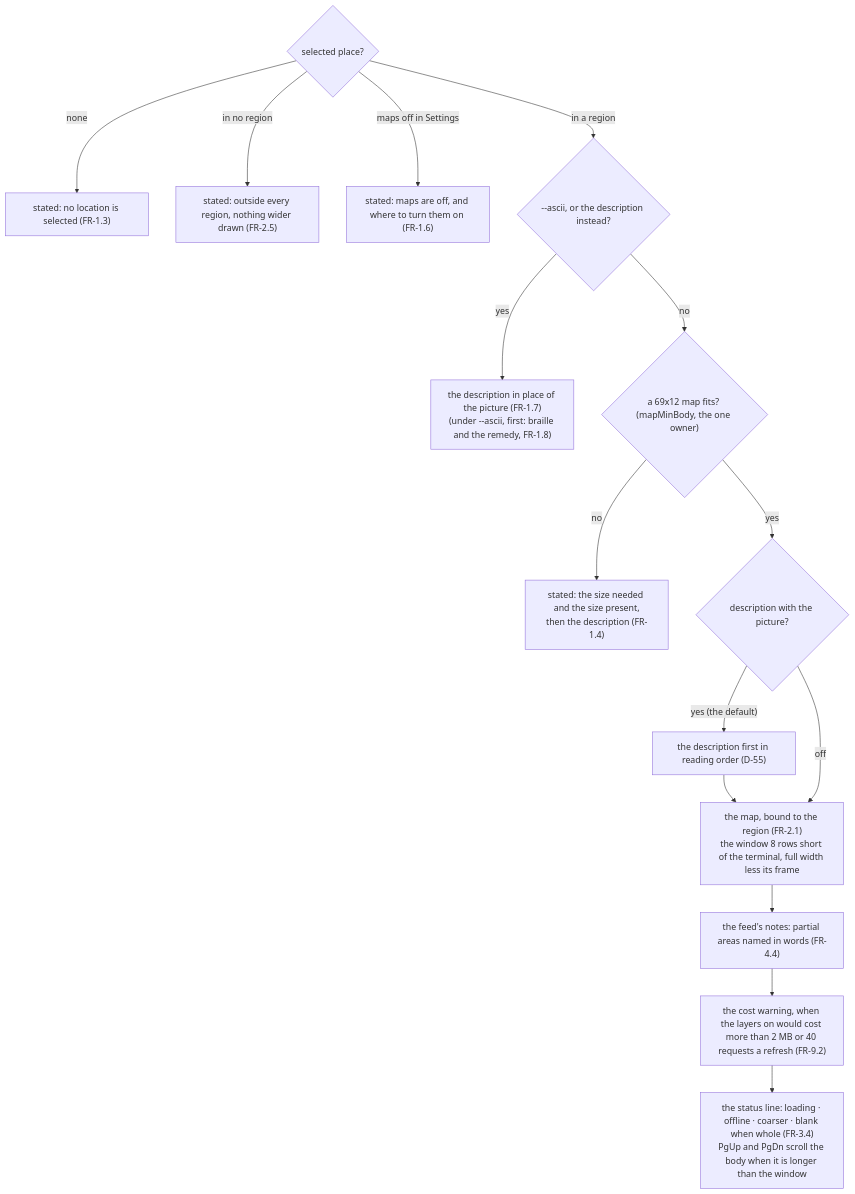
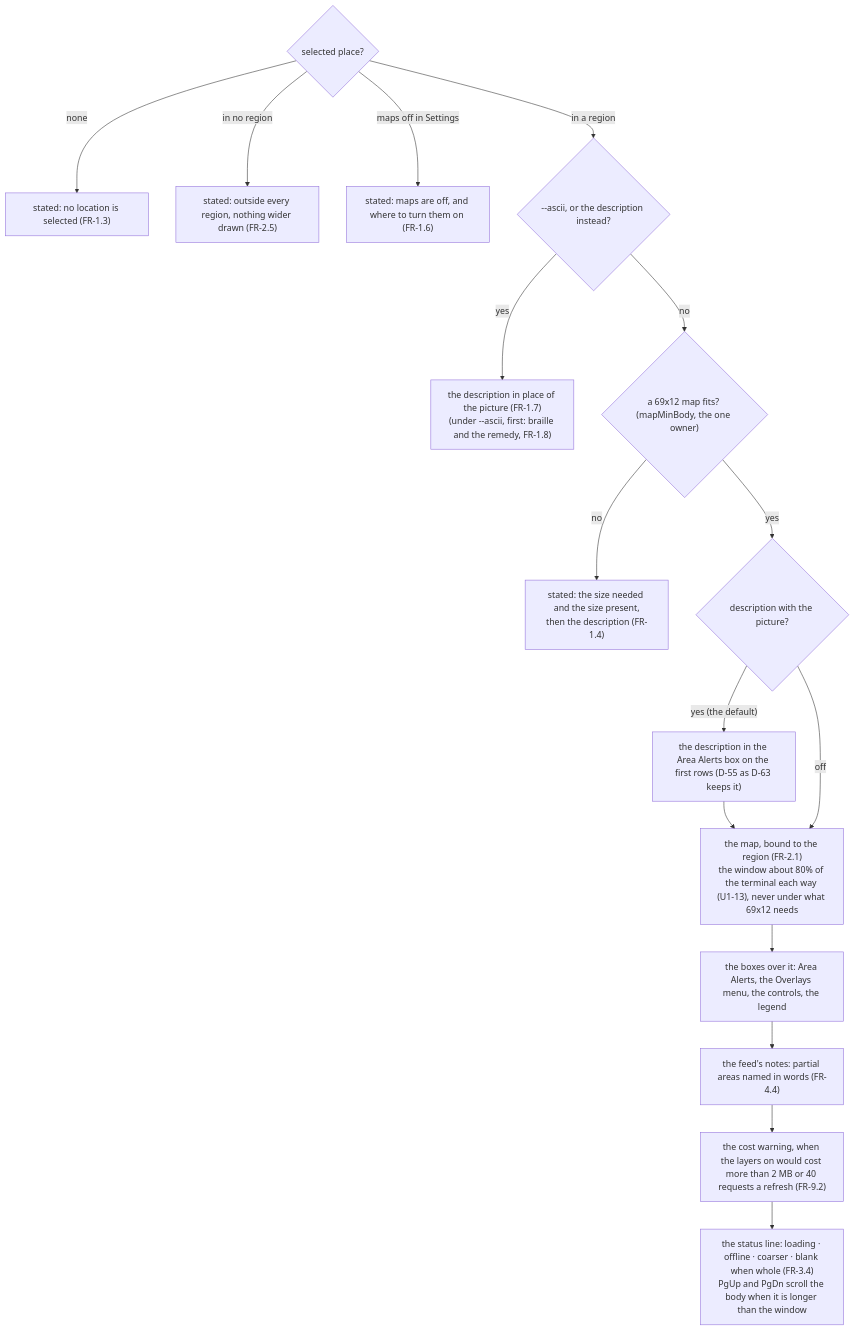
Before and after one commit to branden-thompson/watchpost: the second of 4 diagrams in 06_docs/02_features/observer-maps/03-architecture-design/as-built-map.md, drawn with Mermaid. The commit also changed other lines of this file and 35 other files, not shown here.

````diff
--- a/06_docs/02_features/observer-maps/03-architecture-design/as-built-map.md
+++ b/06_docs/02_features/observer-maps/03-architecture-design/as-built-map.md
@@ -70,16 +73,16 @@
 ```mermaid
 flowchart TB
   S{"selected place?"} -- "none" --> N["stated: no location is selected (FR-1.3)"]
   S -- "in no region" --> O["stated: outside every region, nothing wider drawn (FR-2.5)"]
   S -- "maps off in Settings" --> OFF["stated: maps are off, and where to turn them on (FR-1.6)"]
   S -- "in a region" --> A{"--ascii, or the description instead?"}
   A -- "yes" --> T["the description in place of the picture (FR-1.7)\n(under --ascii, first: braille and the remedy, FR-1.8)"]
   A -- "no" --> F{"a 69x12 map fits? (mapMinBody, the one owner)"}
   F -- "no" --> FL["stated: the size needed and the size present,\nthen the description (FR-1.4)"]
   F -- "yes" --> DS{"description with the picture?"}
-  DS -- "yes (the default)" --> D1["the description first in reading order (D-55)"] --> M
-  DS -- "off" --> M["the map, bound to the region (FR-2.1)\nthe window 8 rows short of the terminal, full width less its frame"]
-  M --> NT["the feed's notes: partial areas named in words (FR-4.4)"]
+  DS -- "yes (the default)" --> D1["the description in the Area Alerts box on the first rows (D-55 as D-63 keeps it)"] --> M
+  DS -- "off" --> M["the map, bound to the region (FR-2.1)\nthe window about 80% of the terminal each way (U1-13), never under what 69x12 needs"]
+  M --> BXS["the boxes over it: Area Alerts, the Overlays menu, the controls, the legend"] --> NT["the feed's notes: partial areas named in words (FR-4.4)"]
   NT --> CW["the cost warning, when the layers on would cost more than 2 MB or 40 requests a refresh (FR-9.2)"]
   CW --> ST["the status line: loading · offline · coarser · blank when whole (FR-3.4)\nPgUp and PgDn scroll the body when it is longer than the window"]
 ```
````
